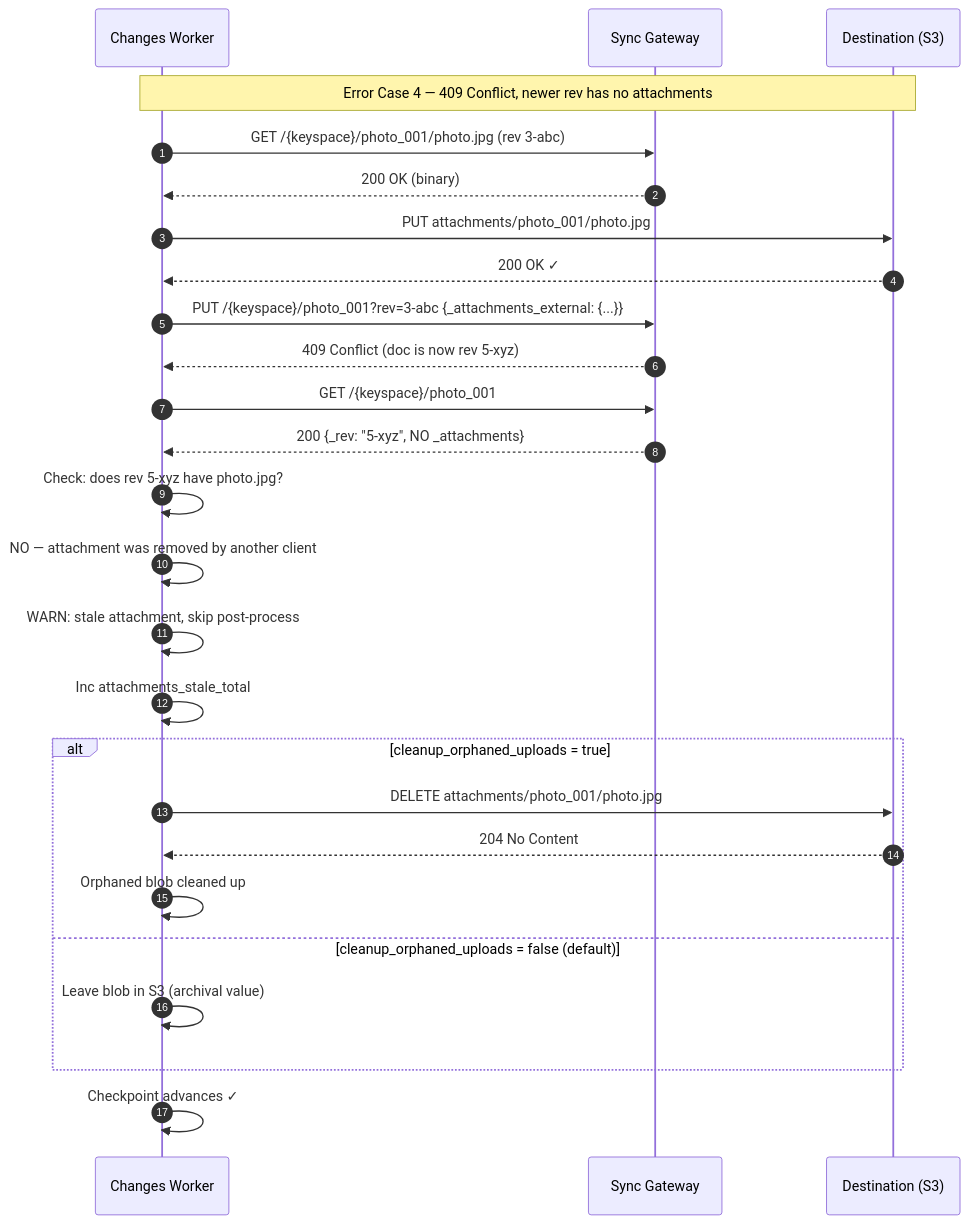
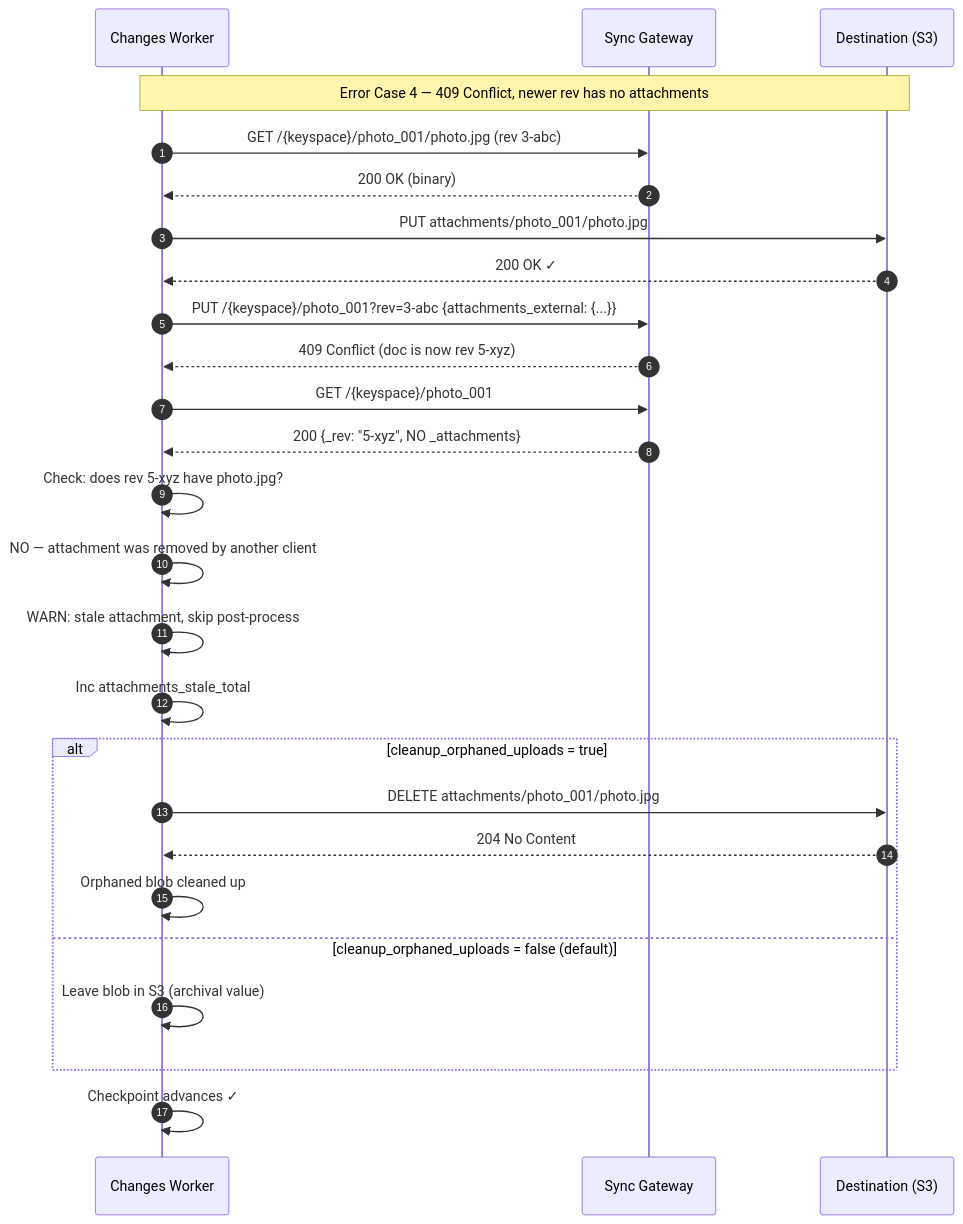
One commit to Fujio-Turner/change_stream_db changed the sixth of 10 diagrams in docs/ATTACHMENTS.md. Above: the diagram before and after it, drawn with Mermaid. The commit also changed other lines of this file and 22 other files, not shown here.

````diff
--- a/docs/ATTACHMENTS.md
+++ b/docs/ATTACHMENTS.md
@@ -1160,36 +1160,36 @@
 ```mermaid
 sequenceDiagram
     autonumber
     participant W as Changes Worker
     participant SG as Sync Gateway
     participant S3 as Destination (S3)
 
     Note over W,S3: Error Case 4 — 409 Conflict, newer rev has no attachments
 
     W->>SG: GET /{keyspace}/photo_001/photo.jpg (rev 3-abc)
     SG-->>W: 200 OK (binary)
     W->>S3: PUT attachments/photo_001/photo.jpg
     S3-->>W: 200 OK ✓
 
-    W->>SG: PUT /{keyspace}/photo_001?rev=3-abc {_attachments_external: {...}}
+    W->>SG: PUT /{keyspace}/photo_001?rev=3-abc {attachments_external: {...}}
     SG-->>W: 409 Conflict (doc is now rev 5-xyz)
 
     W->>SG: GET /{keyspace}/photo_001
     SG-->>W: 200 {_rev: "5-xyz", NO _attachments}
 
     W->>W: Check: does rev 5-xyz have photo.jpg?
     W->>W: NO — attachment was removed by another client
 
     W->>W: WARN: stale attachment, skip post-process
     W->>W: Inc attachments_stale_total
 
     alt cleanup_orphaned_uploads = true
         W->>S3: DELETE attachments/photo_001/photo.jpg
         S3-->>W: 204 No Content
         W->>W: Orphaned blob cleaned up
     else cleanup_orphaned_uploads = false (default)
         W->>W: Leave blob in S3 (archival value)
     end
 
     W->>W: Checkpoint advances ✓
 ```
````
